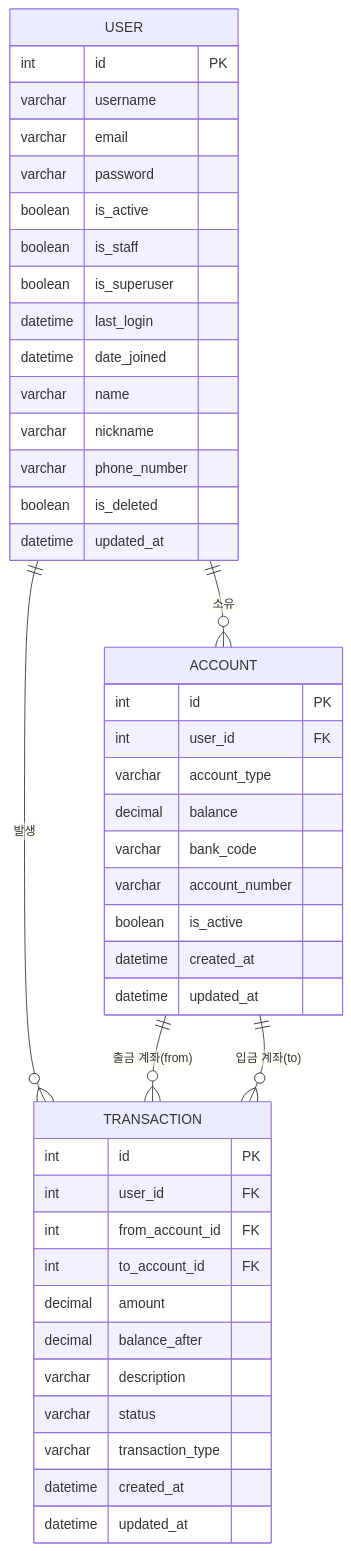
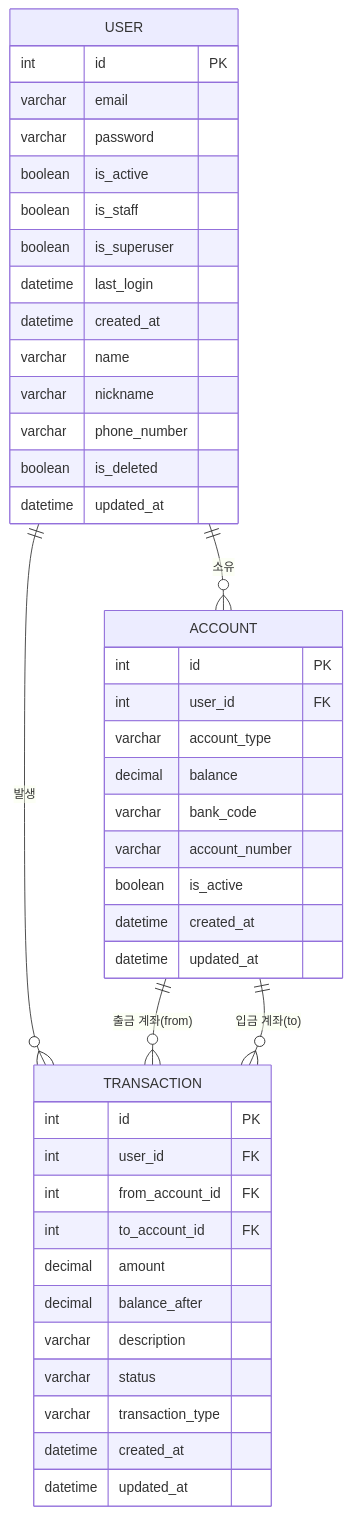
Before and after one commit to wasw2123/Household-Accounting-System: the first of 4 diagrams in README.md, drawn with Mermaid. The commit also changed other lines of this file, not shown here.

````diff
--- a/README.md
+++ b/README.md
@@ -3,50 +3,49 @@
 ```mermaid
 erDiagram
     USER {
         int id PK
-        varchar username
         varchar email
         varchar password
         boolean is_active
         boolean is_staff
         boolean is_superuser
         datetime last_login
-        datetime date_joined
+        datetime created_at
         varchar name
         varchar nickname
         varchar phone_number
         boolean is_deleted
         datetime updated_at
     }
 
     ACCOUNT {
         int id PK
         int user_id FK
         varchar account_type
         decimal balance
         varchar bank_code
         varchar account_number
         boolean is_active
         datetime created_at
         datetime updated_at
     }
 
     TRANSACTION {
         int id PK
         int user_id FK
         int from_account_id FK
         int to_account_id FK
         decimal amount
         decimal balance_after
         varchar description
         varchar status
         varchar transaction_type
         datetime created_at
         datetime updated_at
     }
 
     USER ||--o{ ACCOUNT : "소유"
     USER ||--o{ TRANSACTION : "발생"
     ACCOUNT ||--o{ TRANSACTION : "출금 계좌(from)"
     ACCOUNT ||--o{ TRANSACTION : "입금 계좌(to)"
 ```
````
